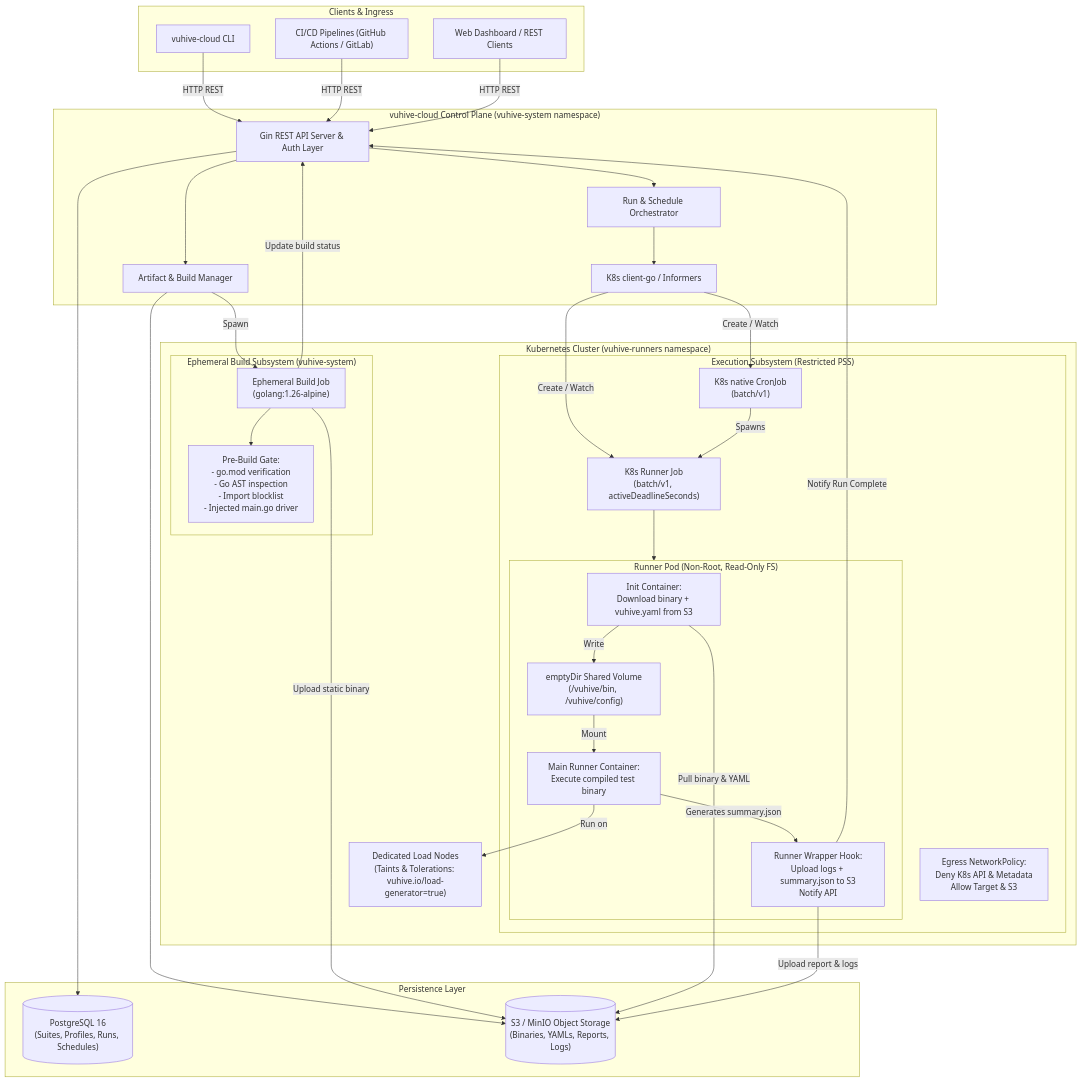
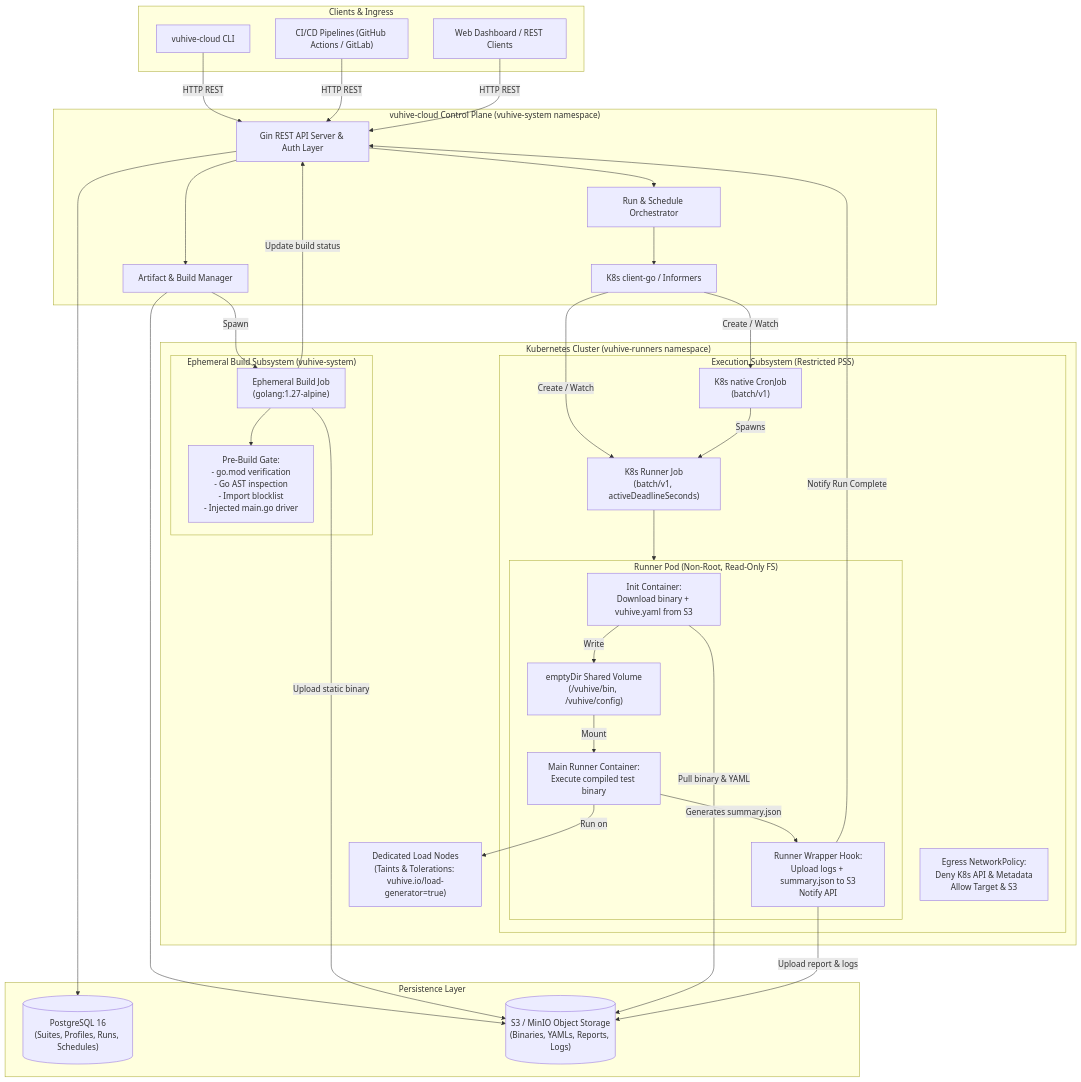
Before and after one commit to morphy76/vuhive-cloud: the diagram in ARCHITECTURE_SPEC.md, drawn with Mermaid. The commit also changed other lines of this file and 26 other files, not shown here.

````diff
--- a/ARCHITECTURE_SPEC.md
+++ b/ARCHITECTURE_SPEC.md
@@ -24,69 +24,69 @@
 ```mermaid
 flowchart TD
     subgraph Clients["Clients & Ingress"]
         CLI["vuhive-cloud CLI"]
         CI["CI/CD Pipelines (GitHub Actions / GitLab)"]
         UI["Web Dashboard / REST Clients"]
     end
 
     subgraph ControlPlane["vuhive-cloud Control Plane (vuhive-system namespace)"]
         API["Gin REST API Server & Auth Layer"]
         Orchestrator["Run & Schedule Orchestrator"]
         K8sClient["K8s client-go / Informers"]
         ArtifactMgr["Artifact & Build Manager"]
     end
 
     subgraph StateStorage["Persistence Layer"]
         PG[("PostgreSQL 16\n(Suites, Profiles, Runs, Schedules)")]
         S3[("S3 / MinIO Object Storage\n(Binaries, YAMLs, Reports, Logs)")]
     end
 
     subgraph K8sCluster["Kubernetes Cluster (vuhive-runners namespace)"]
         subgraph BuildSub["Ephemeral Build Subsystem (vuhive-system)"]
-            BuildJob["Ephemeral Build Job\n(golang:1.26-alpine)"]
+            BuildJob["Ephemeral Build Job\n(golang:1.27-alpine)"]
             ASTValidator["Pre-Build Gate:\n- go.mod verification\n- Go AST inspection\n- Import blocklist\n- Injected main.go driver"]
             BuildJob --> ASTValidator
         end
 
         subgraph RunnerSub["Execution Subsystem (Restricted PSS)"]
             CronJob["K8s native CronJob\n(batch/v1)"]
             RunnerJob["K8s Runner Job\n(batch/v1, activeDeadlineSeconds)"]
             NetPol["Egress NetworkPolicy:\nDeny K8s API & Metadata\nAllow Target & S3"]
             
             subgraph RunnerPod["Runner Pod (Non-Root, Read-Only FS)"]
                 InitC["Init Container:\nDownload binary + vuhive.yaml from S3"]
                 SharedVol["emptyDir Shared Volume\n(/vuhive/bin, /vuhive/config)"]
                 MainC["Main Runner Container:\nExecute compiled test binary"]
                 ExitWrapper["Runner Wrapper Hook:\nUpload logs + summary.json to S3\nNotify API"]
             end
         end
         
         Nodes["Dedicated Load Nodes\n(Taints & Tolerations: vuhive.io/load-generator=true)"]
     end
 
     CLI -->|HTTP REST| API
     CI -->|HTTP REST| API
     UI -->|HTTP REST| API
 
     API --> PG
     API --> ArtifactMgr
     API --> Orchestrator
     ArtifactMgr --> S3
     ArtifactMgr -->|Spawn| BuildJob
     BuildJob -->|Upload static binary| S3
     BuildJob -->|Update build status| API
 
     Orchestrator --> K8sClient
     K8sClient -->|Create / Watch| RunnerJob
     K8sClient -->|Create / Watch| CronJob
     CronJob -->|Spawns| RunnerJob
 
     RunnerJob --> RunnerPod
     InitC -->|Pull binary & YAML| S3
     InitC -->|Write| SharedVol
     SharedVol -->|Mount| MainC
     MainC -->|Run on| Nodes
     MainC -->|Generates summary.json| ExitWrapper
     ExitWrapper -->|Upload report & logs| S3
     ExitWrapper -->|Notify Run Complete| API
 ```
````
